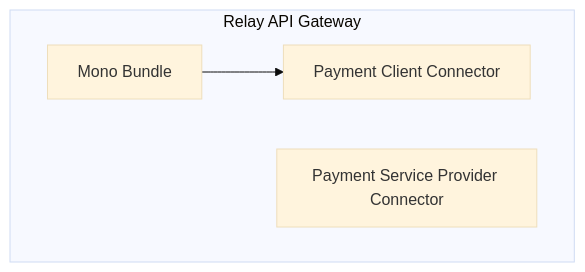
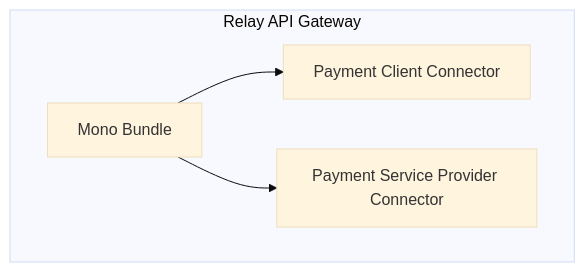
The diagram in docs/README.md (digital-blueprint/relay-mono-bundle), drawn with Mermaid (base theme) before and after one commit.

Commit message:
docs: fix missing mermaid connection in the bundle overview

````diff
--- a/docs/README.md
+++ b/docs/README.md
@@ -5,10 +5,11 @@
 ```mermaid
 flowchart TB
     subgraph Relay API Gateway
         mono_bundle["Mono Bundle"]
         mono_payment_client_bundle["Payment Client Connector"]
         mono_payment_service_provider_bundle["Payment Service Provider Connector"]
     end
 
     mono_bundle --> mono_payment_client_bundle
+    mono_bundle --> mono_payment_service_provider_bundle
 ```
````
